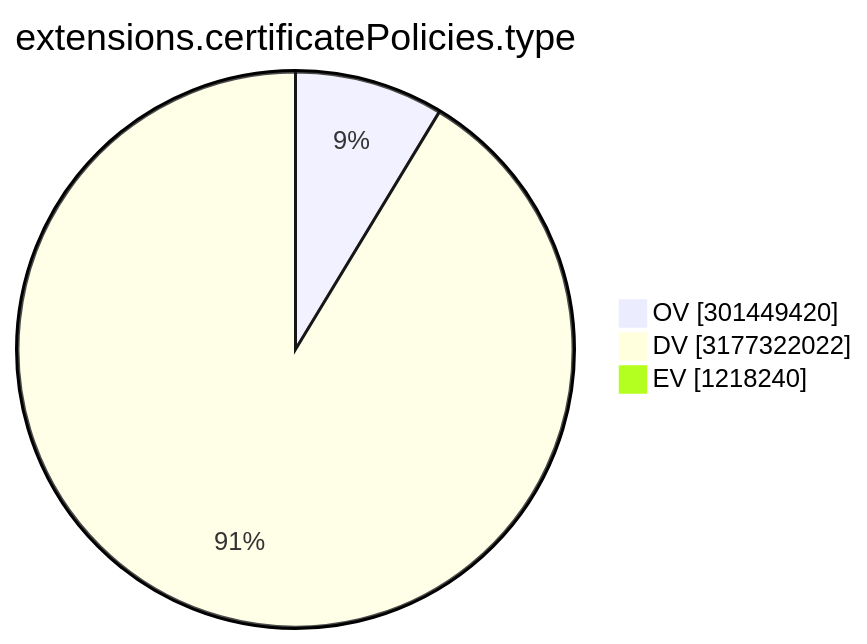
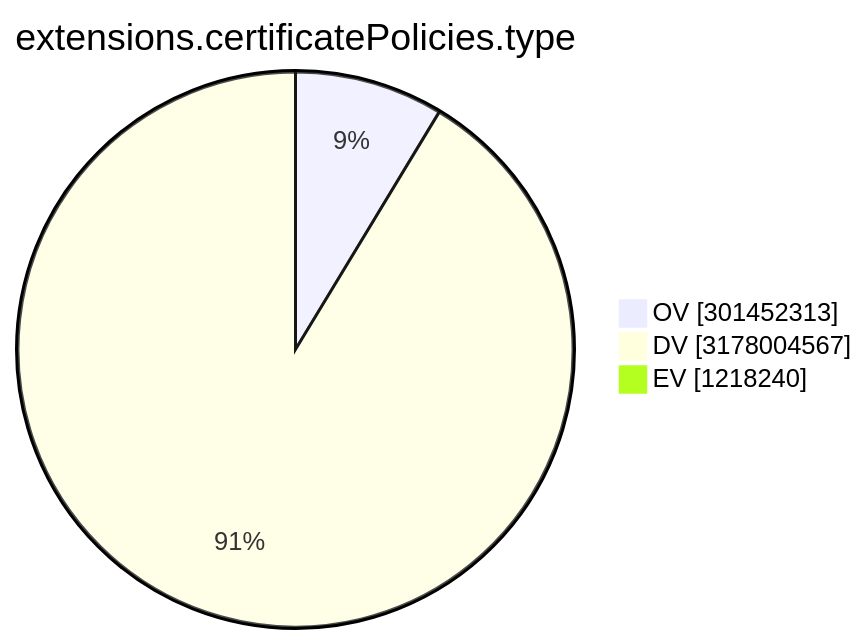
One commit to christiankrug/ctmonitor_visualization changed the ninth of 15 diagrams in TOTAL/README.md. Above: the diagram before and after it, drawn with Mermaid. The commit also changed other lines of this file, not shown here.

````diff
--- a/TOTAL/README.md
+++ b/TOTAL/README.md
@@ -3106,7 +3106,7 @@
 ```mermaid
 pie showData
 title extensions.certificatePolicies.type
-"OV" :301449420
-"DV" :3177322022
+"OV" :301452313
+"DV" :3178004567
 "EV" :1218240
 ```
````
